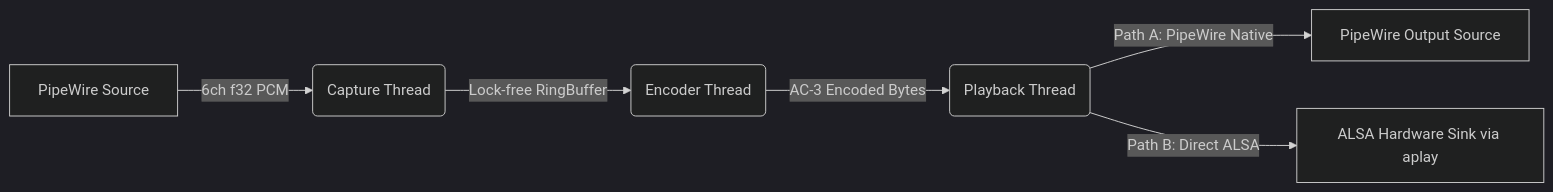
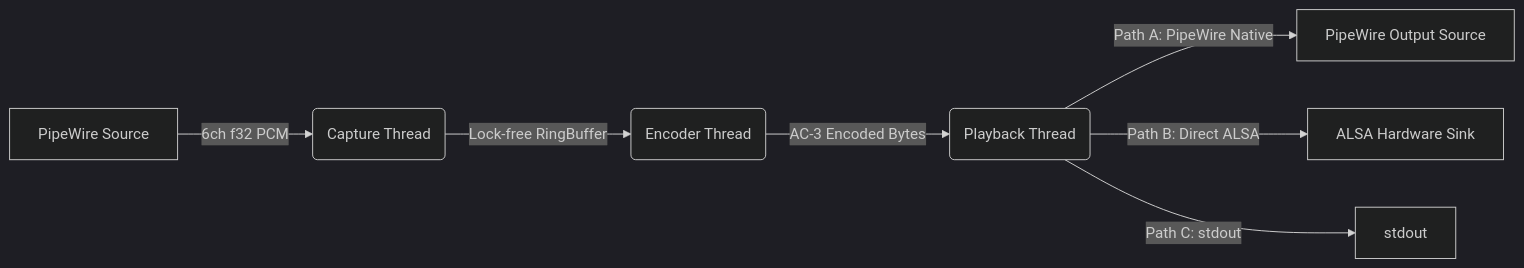
The diagram in docs/ARCHITECTURE.md (pums974/pw-ac3-live), drawn with Mermaid (dark theme) before and after one commit. The commit also changed other lines of this file and 15 other files, not shown here.

````diff
--- a/docs/ARCHITECTURE.md
+++ b/docs/ARCHITECTURE.md
@@ -8,8 +8,9 @@
 ```mermaid
 graph LR
     A[PipeWire Source] -->|6ch f32 PCM| B(Capture Thread)
     B -->|Lock-free RingBuffer| C(Encoder Thread)
     C -->|AC-3 Encoded Bytes| D(Playback Thread)
     D -->|Path A: PipeWire Native| E[PipeWire Output Source]
-    D -->|Path B: Direct ALSA| F[ALSA Hardware Sink via aplay]
+    D -->|Path B: Direct ALSA| F[ALSA Hardware Sink]
+    D -->|Path C: stdout| G[stdout]
 ```
````
